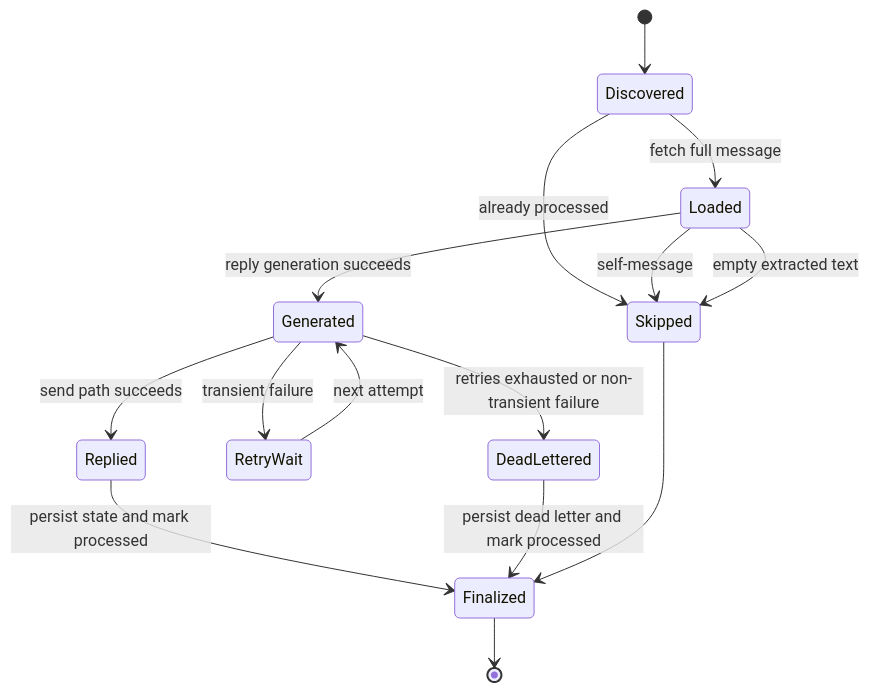
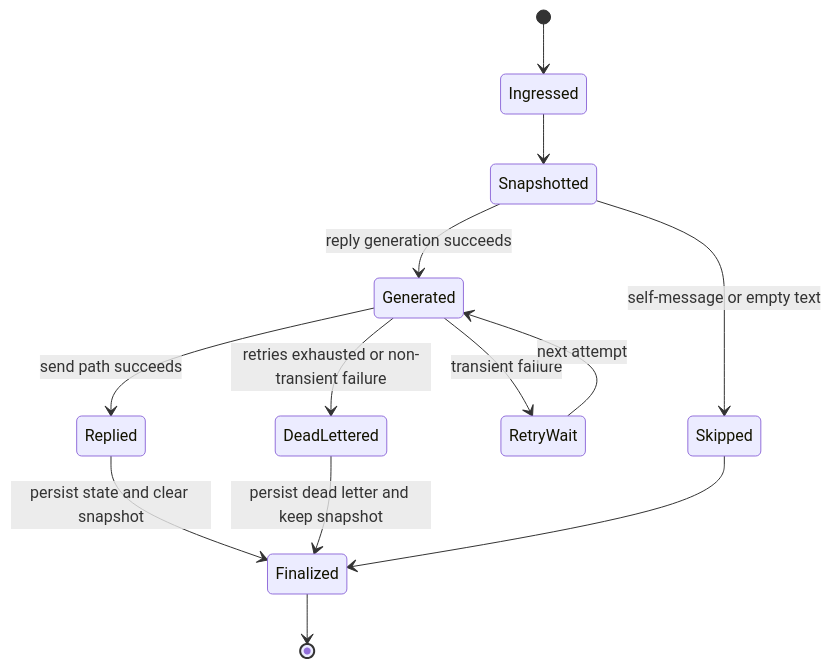
Before and after one commit to LunarMothStudios/Canna-Mailroom: the sixth of 6 diagrams in docs/runtime-and-pipeline.md, drawn with Mermaid. The commit also changed other lines of this file and 30 other files, not shown here.

````diff
--- a/docs/runtime-and-pipeline.md
+++ b/docs/runtime-and-pipeline.md
@@ -166,17 +196,15 @@
 ```mermaid
 stateDiagram-v2
-    [*] --> Discovered
-    Discovered --> Skipped: already processed
-    Discovered --> Loaded: fetch full message
-    Loaded --> Skipped: self-message
-    Loaded --> Skipped: empty extracted text
-    Loaded --> Generated: reply generation succeeds
+    [*] --> Ingressed
+    Ingressed --> Snapshotted
+    Snapshotted --> Skipped: self-message or empty text
+    Snapshotted --> Generated: reply generation succeeds
     Generated --> Replied: send path succeeds
     Generated --> RetryWait: transient failure
     RetryWait --> Generated: next attempt
     Generated --> DeadLettered: retries exhausted or non-transient failure
-    Replied --> Finalized: persist state and mark processed
-    DeadLettered --> Finalized: persist dead letter and mark processed
+    Replied --> Finalized: persist state and clear snapshot
+    DeadLettered --> Finalized: persist dead letter and keep snapshot
     Skipped --> Finalized
     Finalized --> [*]
 ```
````
